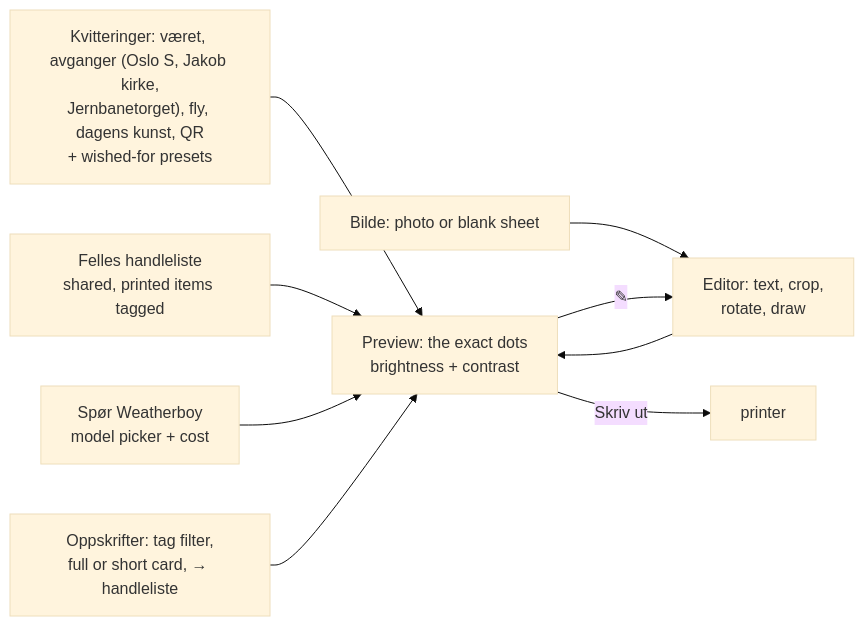
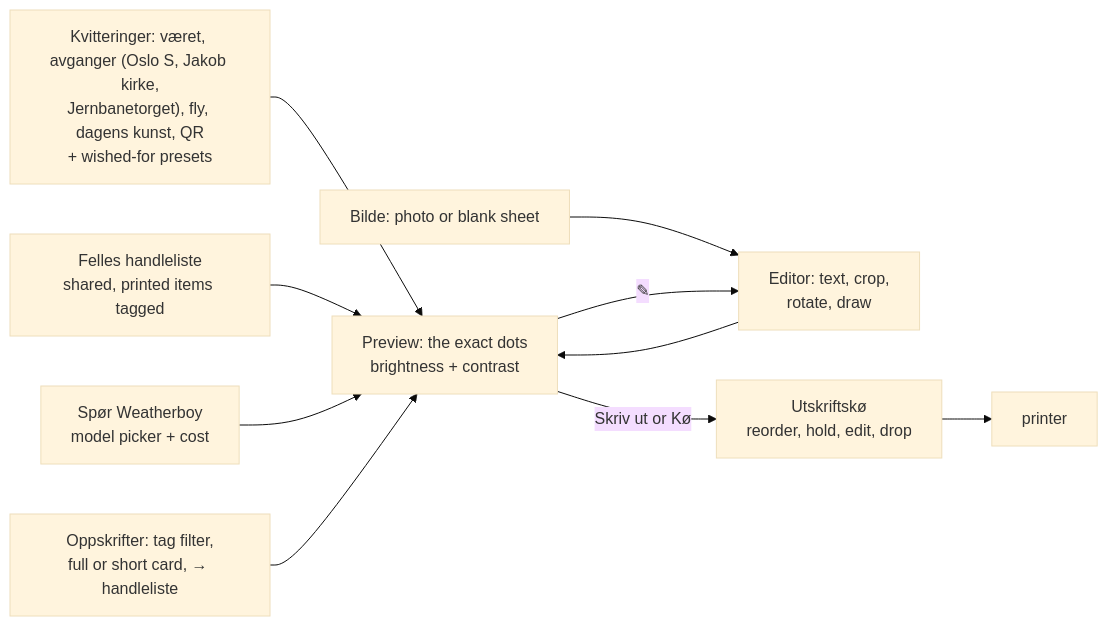
One commit to bastiankrohg/weatherboy changed the fourth of 13 diagrams in README.md. Above: the diagram before and after it, drawn with Mermaid (base theme). The commit also changed other lines of this file and 13 other files, not shown here.

````diff
--- a/README.md
+++ b/README.md
@@ -67,11 +67,12 @@
 ```mermaid
 flowchart LR
     B["Kvitteringer: været, avganger (Oslo S, Jakob kirke,<br/>Jernbanetorget), fly, dagens kunst, QR<br/>+ wished-for presets"] --> PV
     S["Felles handleliste<br/>shared, printed items tagged"] --> PV
     C["Spør Weatherboy<br/>model picker + cost"] --> PV
     F["Bilde: photo or blank sheet"] --> ED
     R["Oppskrifter: tag filter,<br/>full or short card, → handleliste"] --> PV
     PV["Preview: the exact dots<br/>brightness + contrast"] -->|"✎"| ED["Editor: text, crop,<br/>rotate, draw"]
     ED --> PV
-    PV -->|"Skriv ut"| P[printer]
+    PV -->|"Skriv ut or Kø"| Q["Utskriftskø<br/>reorder, hold, edit, drop"]
+    Q --> P[printer]
 ```
````
